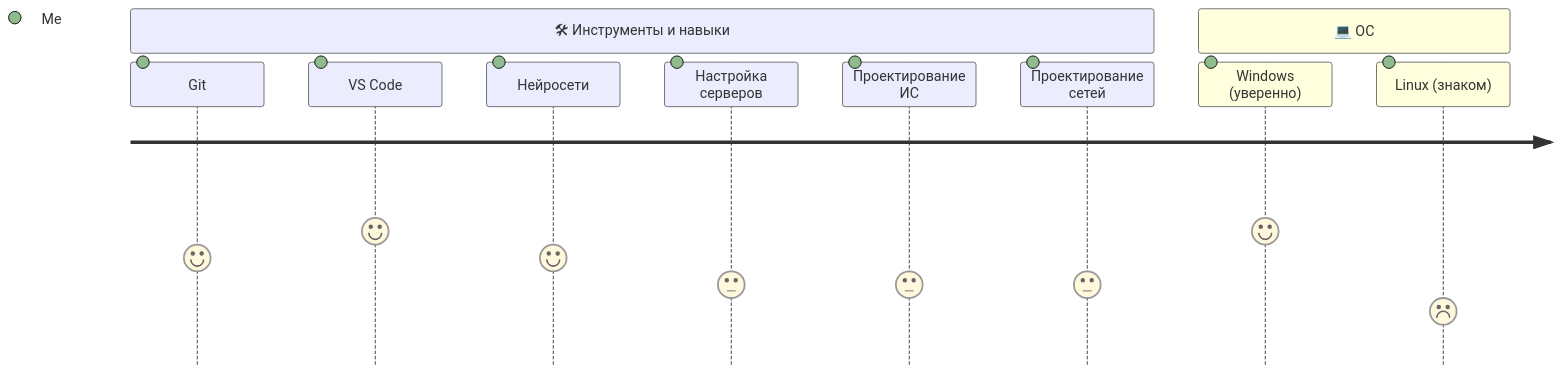
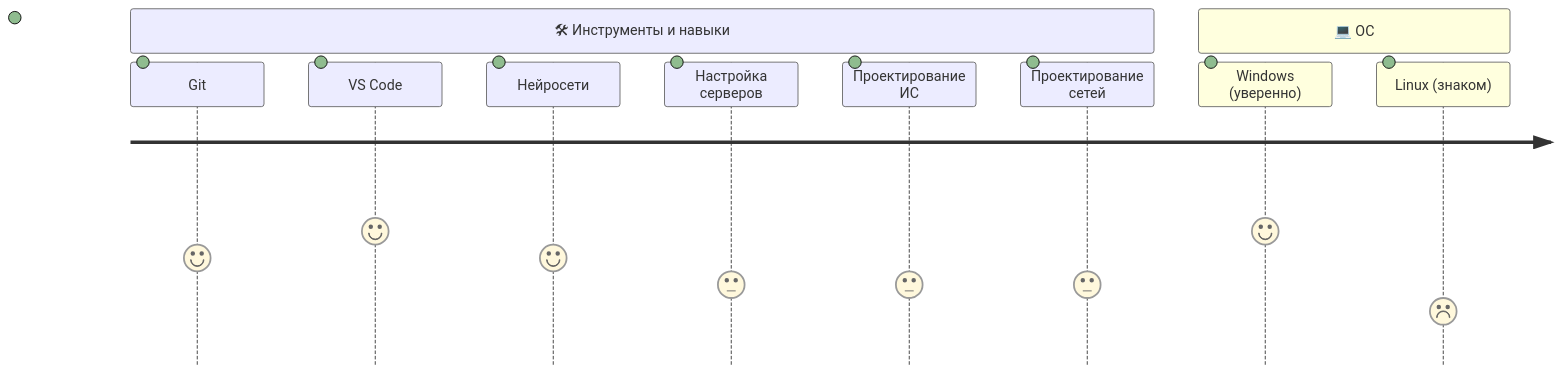
Before and after one commit to sttape/sttape: the second of 2 diagrams in README.md, drawn with Mermaid. The commit also changed other lines of this file, not shown here.

````diff
--- a/README.md
+++ b/README.md
@@ -23,13 +23,13 @@
 ```mermaid
 journey
     section 🛠 Инструменты и навыки
-      Git: 4: Me
-      VS Code: 5: Me
-      Нейросети: 4: Me
-      Настройка серверов: 3: Me
-      Проектирование ИС: 3: Me
-      Проектирование сетей: 3: Me
+      Git: 4:
+      VS Code: 5:
+      Нейросети: 4:
+      Настройка серверов: 3:
+      Проектирование ИС: 3:
+      Проектирование сетей: 3:
     section 💻 ОС
-      Windows (уверенно): 5: Me
-      Linux (знаком): 2: Me
+      Windows (уверенно): 5:
+      Linux (знаком): 2:
 ```
````
